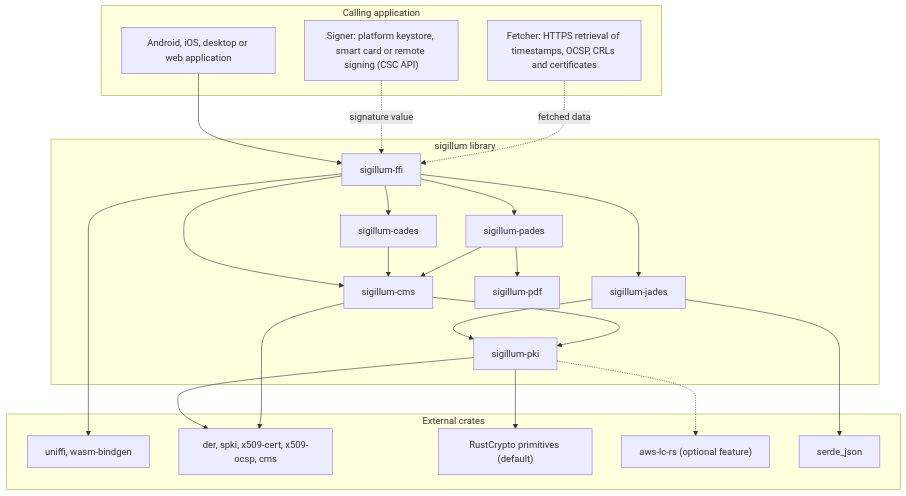
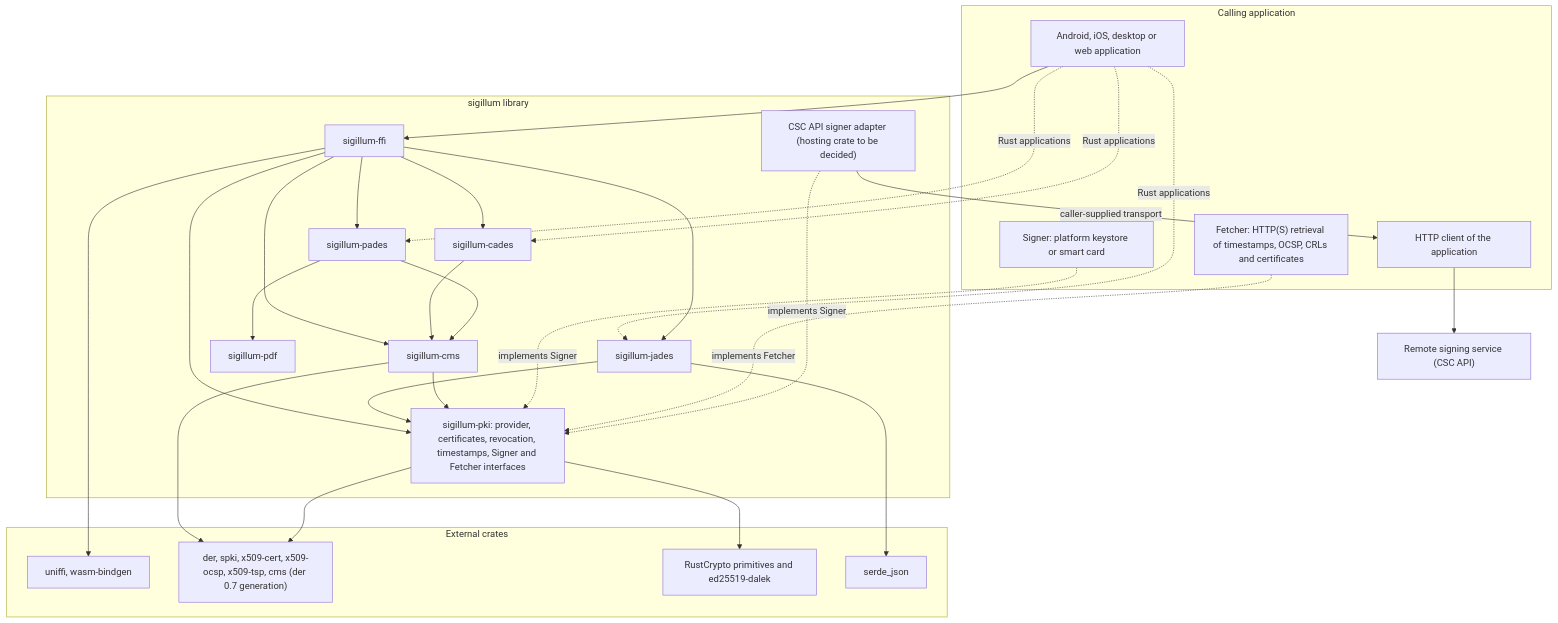
Before and after one commit to cyberverso-net/sigillum: the first of 2 diagrams in docs/design/architecture.md, drawn with Mermaid. The commit also changed other lines of this file and 16 other files, not shown here.

````diff
--- a/docs/design/architecture.md
+++ b/docs/design/architecture.md
@@ -26,41 +26,43 @@
 ```mermaid
 flowchart TB
     subgraph app["Calling application"]
         A["Android, iOS, desktop or web application"]
-        S["Signer: platform keystore, smart card or remote signing (CSC API)"]
-        F["Fetcher: HTTPS retrieval of timestamps, OCSP, CRLs and certificates"]
+        S["Signer: platform keystore or smart card"]
+        F["Fetcher: HTTP(S) retrieval of timestamps, OCSP, CRLs and certificates"]
+        H["HTTP client of the application"]
     end
+
+    QTSP["Remote signing service (CSC API)"]
 
     subgraph lib["sigillum library"]
         FFI["sigillum-ffi"]
         CADES["sigillum-cades"]
         PADES["sigillum-pades"]
         JADES["sigillum-jades"]
         CMS["sigillum-cms"]
         PDF["sigillum-pdf"]
-        PKI["sigillum-pki"]
+        PKI["sigillum-pki: provider, certificates, revocation, timestamps, Signer and Fetcher interfaces"]
+        CSC["CSC API signer adapter (hosting crate to be decided)"]
     end
 
     subgraph ext["External crates"]
         UNIFFI["uniffi, wasm-bindgen"]
-        FORMATS["der, spki, x509-cert, x509-ocsp, cms"]
-        RC["RustCrypto primitives (default)"]
-        AWS["aws-lc-rs (optional feature)"]
+        FORMATS["der, spki, x509-cert, x509-ocsp, x509-tsp, cms (der 0.7 generation)"]
+        RC["RustCrypto primitives and ed25519-dalek"]
         JSON["serde_json"]
     end
 
     A --> FFI
-    FFI --> CADES & PADES & JADES & CMS
+    A -. "Rust applications" .-> CADES & PADES & JADES
+    FFI --> CADES & PADES & JADES & CMS & PKI
     CADES --> CMS
     PADES --> CMS & PDF
-    JADES --> PKI
-    JADES --> JSON
-    CMS --> PKI
-    PKI --> FORMATS
-    CMS --> FORMATS
-    PKI --> RC
-    PKI -.-> AWS
+    JADES --> PKI & JSON
+    CMS --> PKI & FORMATS
+    PKI --> FORMATS & RC
     FFI --> UNIFFI
-    S -. "signature value" .-> FFI
-    F -. "fetched data" .-> FFI
+    S -. "implements Signer" .-> PKI
+    F -. "implements Fetcher" .-> PKI
+    CSC -. "implements Signer" .-> PKI
+    CSC -- "caller-supplied transport" --> H --> QTSP
 ```
````
